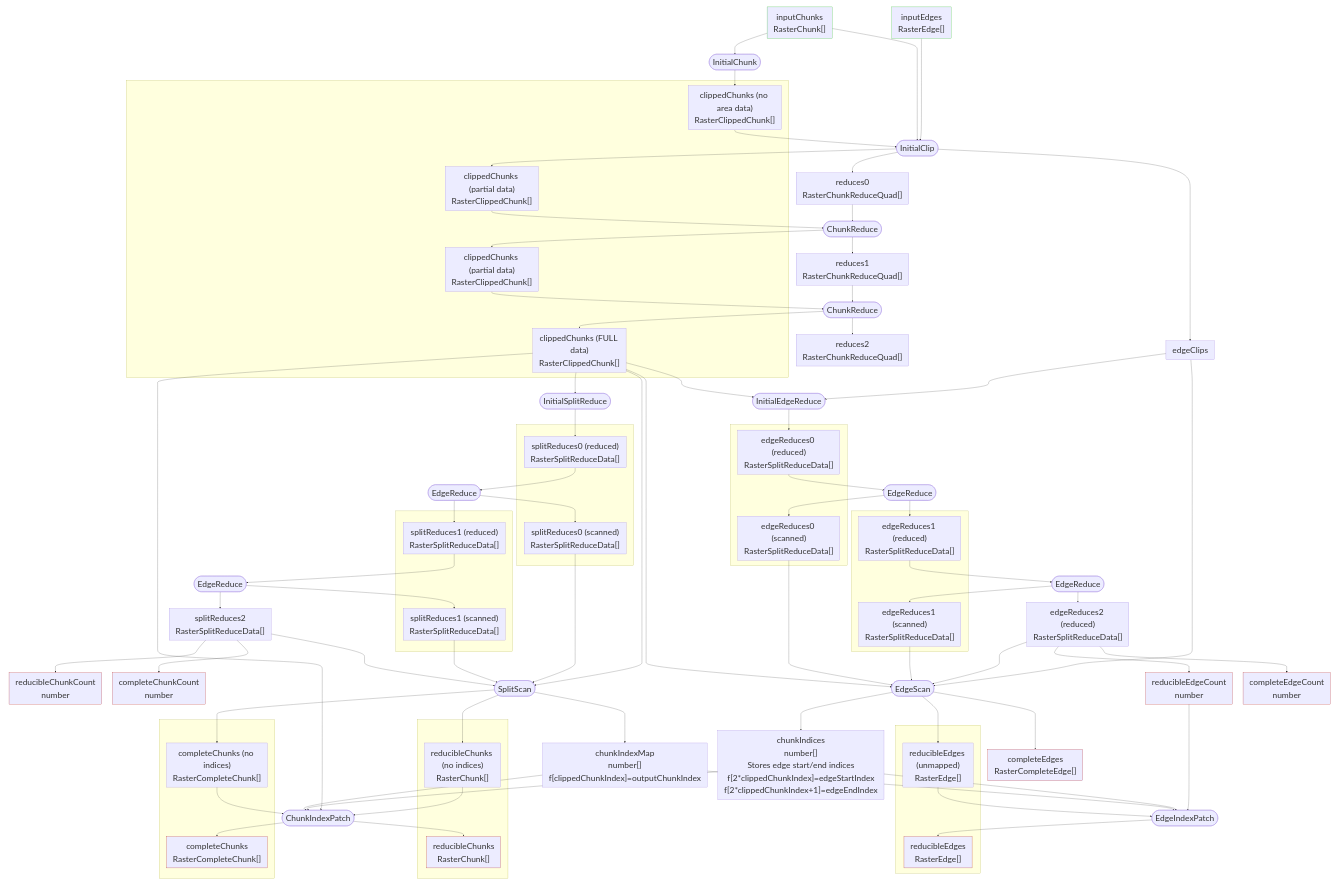
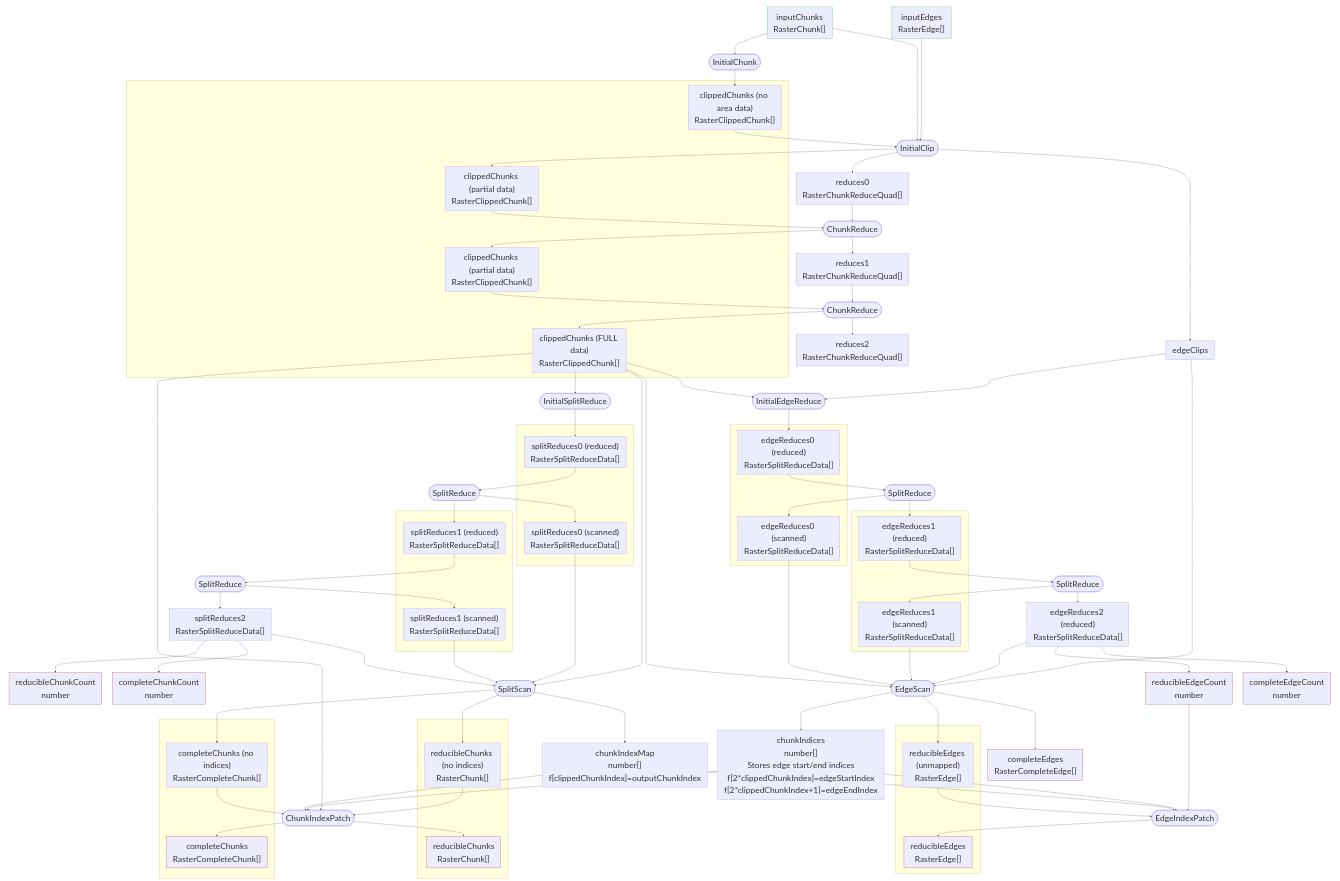
One commit to phetsims/alpenglow changed the diagram in doc/raster-clip.md. Above: the diagram before and after it, drawn with Mermaid. The commit also changed 6 other files, not shown here.

Commit message:
Cleanup and docs, ParallelRasterEdgeReduce => ParallelRasterSplitReduce

```diff
--- a/doc/raster-clip.md
+++ b/doc/raster-clip.md
@@ -33,9 +33,9 @@
 
     clippedChunks3 & edgeClips --> InitialEdgeReduce([InitialEdgeReduce]) --> edgeReduces0reduce
 
-    edgeReduces0reduce --> EdgeReduce1 --> edgeReduces0scan & edgeReduces1reduce
+    edgeReduces0reduce --> SplitReduce1 --> edgeReduces0scan & edgeReduces1reduce
 
-    edgeReduces1reduce --> EdgeReduce2 --> edgeReduces1scan & edgeReduces2reduce
+    edgeReduces1reduce --> SplitReduce2 --> edgeReduces1scan & edgeReduces2reduce
 
     reduces0["reduces0<br>RasterChunkReduceQuad[]"]
     reduces1["reduces1<br>RasterChunkReduceQuad[]"]
@@ -57,8 +57,8 @@
     chunkIndexMap & chunkIndices & reducibleEdgeCount & reducibleEdges0 --> EdgeIndexPatch([EdgeIndexPatch]) --> reducibleEdges1
 
     clippedChunks3 --> InitialSplitReduce --> splitReduces0reduce
-    splitReduces0reduce --> EdgeReduceX --> splitReduces0scan & splitReduces1reduce
-    splitReduces1reduce --> EdgeReduceY --> splitReduces1scan & splitReduces2
+    splitReduces0reduce --> SplitReduceX --> splitReduces0scan & splitReduces1reduce
+    splitReduces1reduce --> SplitReduceY --> splitReduces1scan & splitReduces2
 
     subgraph splits [" "]
         InitialSplitReduce([InitialSplitReduce])
@@ -75,8 +75,8 @@
         
         splitReduces2["splitReduces2<br>RasterSplitReduceData[]"]
         
-        EdgeReduceX([EdgeReduce])
-        EdgeReduceY([EdgeReduce])
+        SplitReduceX([SplitReduce])
+        SplitReduceY([SplitReduce])
     end
     class splits hideClass
     
@@ -102,14 +102,14 @@
             edgeReduces0scan["edgeReduces0 (scanned)<br>RasterSplitReduceData[]"]
         end
         
-        EdgeReduce1([EdgeReduce])
+        SplitReduce1([SplitReduce])
     
         subgraph edgeReduces1 [" "]
             edgeReduces1reduce["edgeReduces1 (reduced)<br>RasterSplitReduceData[]"]
             edgeReduces1scan["edgeReduces1 (scanned)<br>RasterSplitReduceData[]"]
         end
         
-        EdgeReduce2([EdgeReduce])
+        SplitReduce2([SplitReduce])
         
         edgeReduces2reduce["edgeReduces2 (reduced)<br>RasterSplitReduceData[]"]
     end
```
